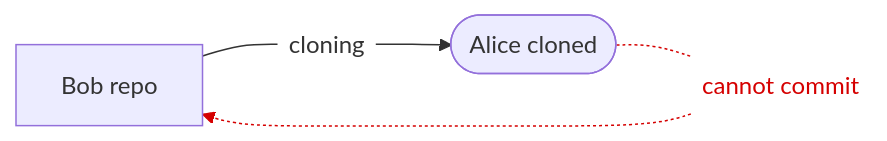
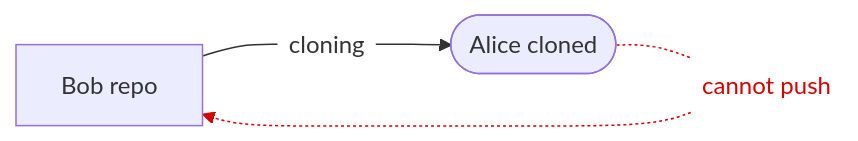
One commit to hpc2n/course-intro-git changed the first of 3 diagrams in docs/remotes.md. Above: the diagram before and after it, drawn with Mermaid.

Commit message:
Remotes: repository from scratch

````diff
--- a/docs/remotes.md
+++ b/docs/remotes.md
@@ -323,13 +323,13 @@
 ```mermaid
 graph LR
     bob["Bob repo"] --- n1["cloning"]
     n1 --> alice(["Alice cloned"])
-    alice -.- n2["cannot commit"]
+    alice -.- n2["cannot push"]
     n2 -.-> bob
 
     n1@{ shape: text}
     n2@{ shape: text}
     style n2 color:#D50000
     linkStyle 2 stroke:#D50000,fill:none
     linkStyle 3 stroke:#D50000,fill:none
 ```
````
